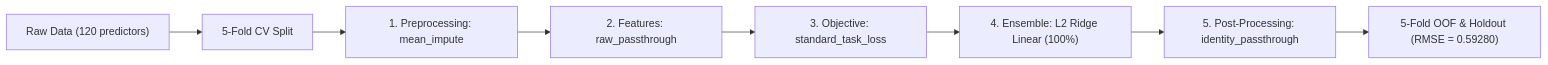
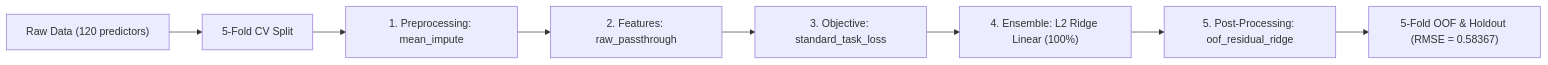
Before and after one commit to stefanoclss/UM-Game-Playing-Strength-of-MCTS-Variants: the diagram in README.md, drawn with Mermaid. The commit also changed other lines of this file, not shown here.

First line of the commit message:
docs(readme): refresh verified OOF benchmark & build ledger (RMSE=0.58367)

````diff
--- a/README.md
+++ b/README.md
@@ -69,10 +70,10 @@
 ```mermaid
 flowchart LR
     DATA["Raw Data (120 predictors)"] --> SPLIT["5-Fold CV Split"]
     SPLIT --> PRE["1. Preprocessing: mean_impute"]
     PRE --> FEAT["2. Features: raw_passthrough"]
     FEAT --> OBJ["3. Objective: standard_task_loss"]
     OBJ --> M0["4. Ensemble: L2 Ridge Linear (100%)"]
-    M0 --> POST["5. Post-Processing: identity_passthrough"]
-    POST --> OUT["5-Fold OOF & Holdout (RMSE = 0.59280)"]
+    M0 --> POST["5. Post-Processing: oof_residual_ridge"]
+    POST --> OUT["5-Fold OOF & Holdout (RMSE = 0.58367)"]
 ```
````
